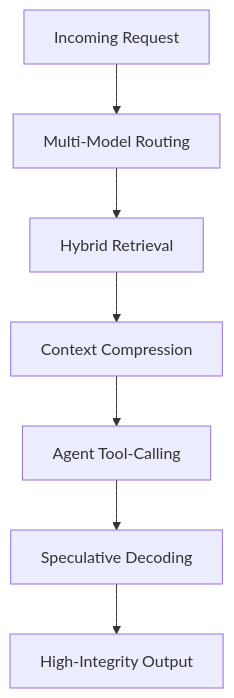
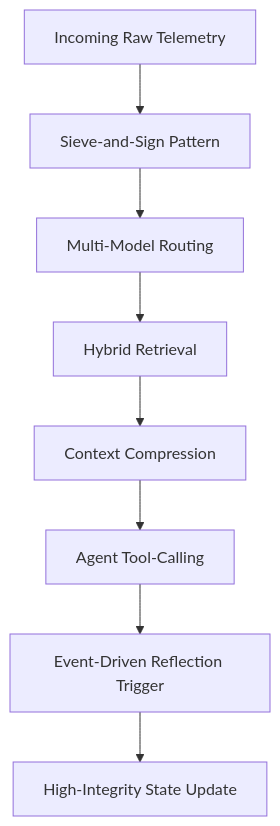
The first of 8 diagrams in PATTERNS.md (kenwalger/sovereign-system-spec), drawn with Mermaid before and after one commit. The commit also changed other lines of this file and 1 other file, not shown here.

First line of the commit message:
docs(patterns): add state integrity domain, sieve-and-sign, and event reflection

````diff
--- a/PATTERNS.md
+++ b/PATTERNS.md
@@ -37,9 +44,10 @@
 ```mermaid
 graph TD
-    A[Incoming Request] --> B[Multi-Model Routing]
-    B --> C[Hybrid Retrieval]
-    C --> D[Context Compression]
-    D --> E[Agent Tool-Calling]
-    E --> F[Speculative Decoding]
-    F --> G[High-Integrity Output]
+    A[Incoming Raw Telemetry] --> B[Sieve-and-Sign Pattern]
+    B --> C[Multi-Model Routing]
+    C --> D[Hybrid Retrieval]
+    D --> E[Context Compression]
+    E --> F[Agent Tool-Calling]
+    F --> G[Event-Driven Reflection Trigger]
+    G --> H[High-Integrity State Update]
 ```
````
